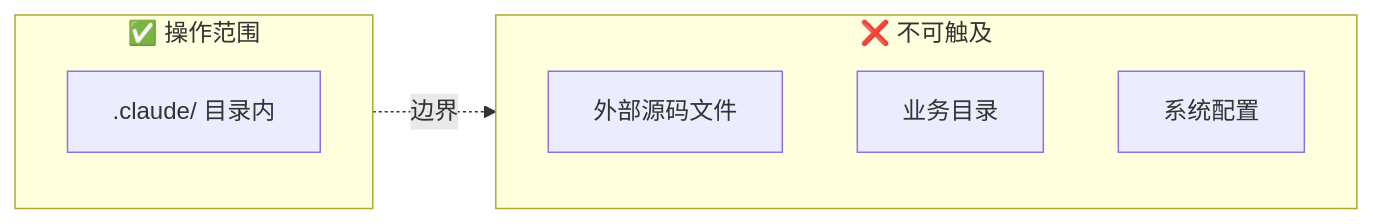
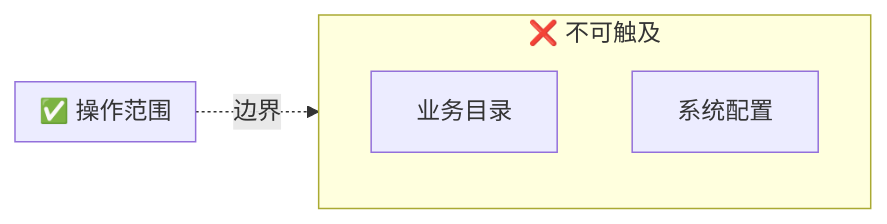
One commit to effiy/YrY changed the second of 8 diagrams in rules/rui-claude.md. Above: the diagram before and after it, drawn with Mermaid. The commit also changed other lines of this file and 42 other files, not shown here.

First line of the commit message:
feat: apply Mermaid authoring rules (M1-M12) across entire codebase

````diff
--- a/rules/rui-claude.md
+++ b/rules/rui-claude.md
@@ -51,13 +60,14 @@
 ```mermaid
 flowchart LR
     subgraph 允许["✅ 操作范围"]
-        IN[".claude/ 目录内"]:::ok
+        direction TB
     end
     subgraph 禁止["❌ 不可触及"]
-        OUT1["外部源码文件"]:::block
+        direction TB
         OUT2["业务目录"]:::block
         OUT3["系统配置"]:::block
     end
     允许 -.->|"边界"| 禁止
 
+
 ```
````
